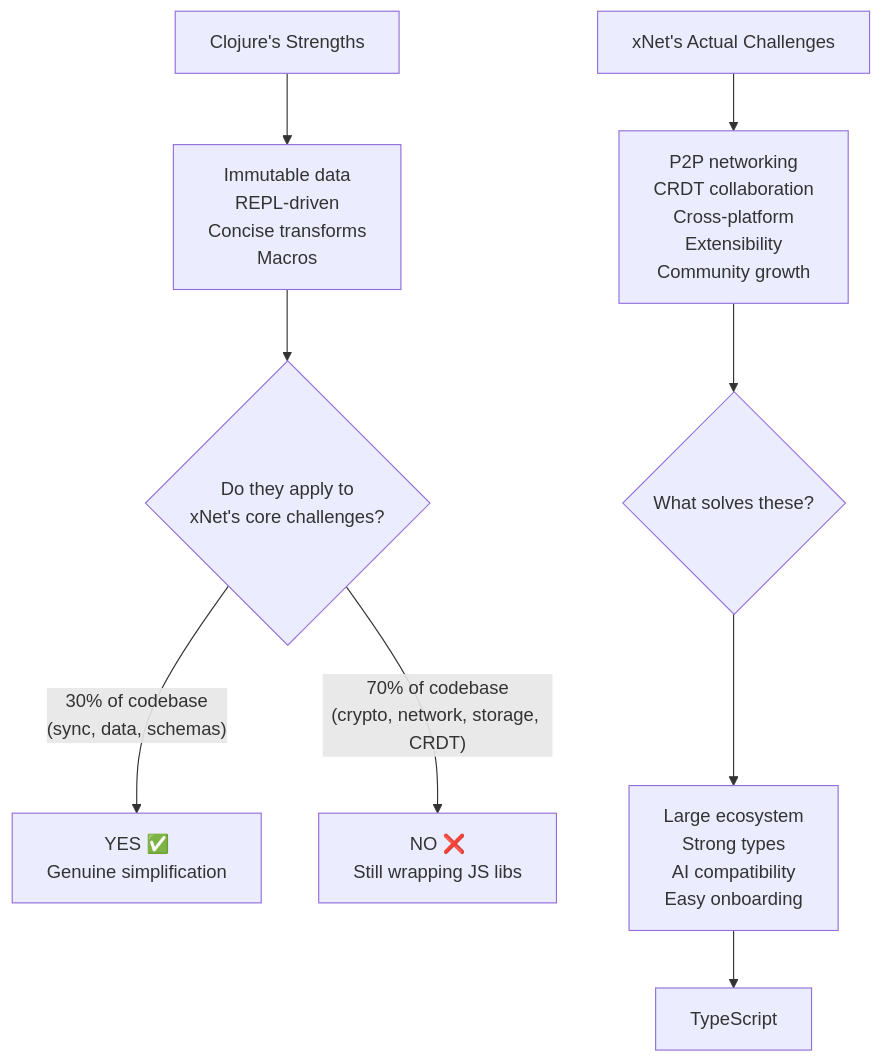
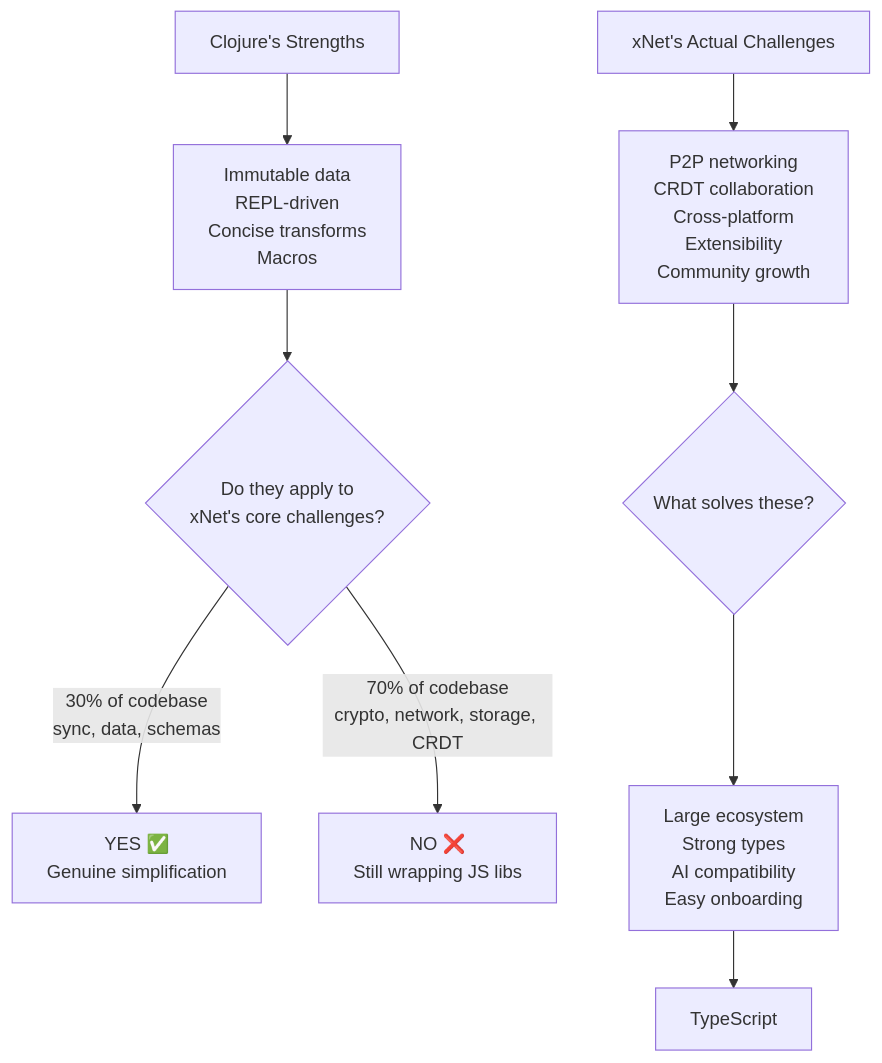
One commit to crs48/xNet changed the eighth of 8 diagrams in docs/explorations/CLOJURE_PORT.md. Above: the diagram before and after it, drawn with Mermaid. The commit also changed other lines of this file and 21 other files, not shown here.

First line of the commit message:
Fix Mermaid parse errors: remove parentheses in flowchart node labels after <br/> tags

````diff
--- a/docs/explorations/CLOJURE_PORT.md
+++ b/docs/explorations/CLOJURE_PORT.md
@@ -521,12 +521,12 @@
 ```mermaid
 flowchart TD
     A["Clojure's Strengths"] --> B["Immutable data<br/>REPL-driven<br/>Concise transforms<br/>Macros"]
     B --> C{"Do they apply to<br/>xNet's core challenges?"}
-    C -->|"30% of codebase<br/>(sync, data, schemas)"| D["YES ✅<br/>Genuine simplification"]
-    C -->|"70% of codebase<br/>(crypto, network, storage, CRDT)"| E["NO ❌<br/>Still wrapping JS libs"]
+    C -->|"30% of codebase<br/>sync, data, schemas"| D["YES ✅<br/>Genuine simplification"]
+    C -->|"70% of codebase<br/>crypto, network, storage, CRDT"| E["NO ❌<br/>Still wrapping JS libs"]
 
     F["xNet's Actual Challenges"] --> G["P2P networking<br/>CRDT collaboration<br/>Cross-platform<br/>Extensibility<br/>Community growth"]
     G --> H{"What solves these?"}
     H --> I["Large ecosystem<br/>Strong types<br/>AI compatibility<br/>Easy onboarding"]
     I --> J["TypeScript"]
 ```
````
